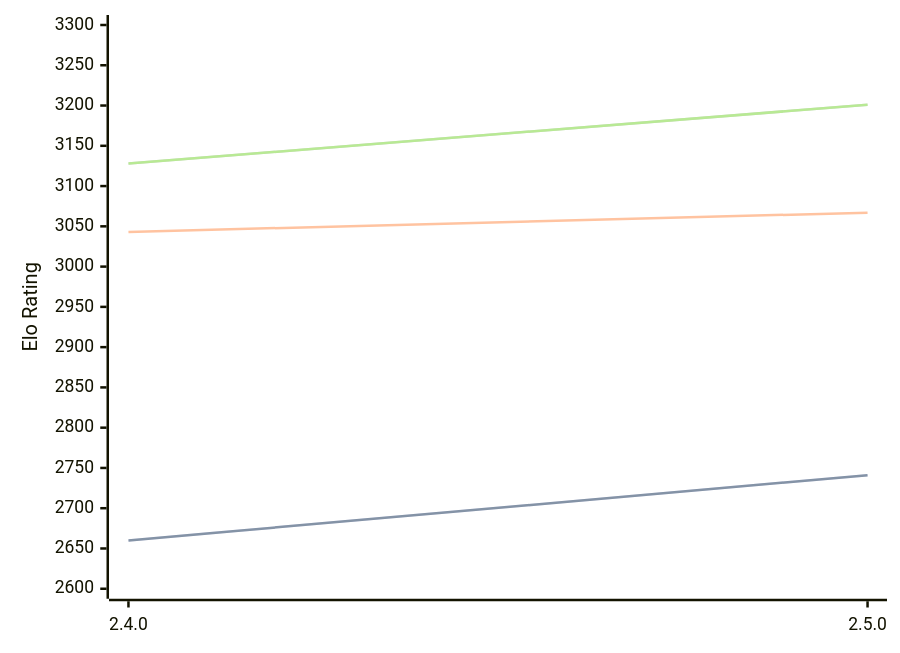
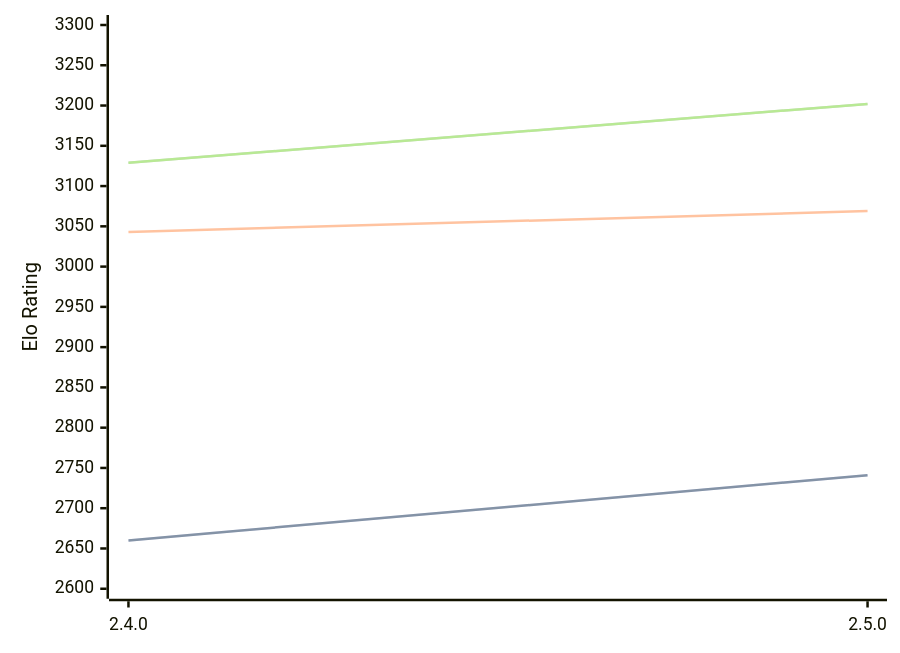
One commit to computer-chess-index/cci changed the diagram in engines/Sturddle2.md. Above: the diagram before and after it, drawn with Mermaid. The commit also changed other lines of this file, not shown here.

Commit message:
Update CCI Ratings (ELO VLTC) - 2026-04-27

````diff
--- a/engines/Sturddle2.md
+++ b/engines/Sturddle2.md
@@ -37,11 +37,11 @@
 ```mermaid
 %%{init: {"theme":"base","themeVariables":{"seriesColors:['#a3a3a3','#222221','#faa371']}}}%%
 xychart-beta
   x-axis ["2.4.0", "2.5.0"]
   y-axis "Elo Rating" 2600 --> 3300
   line "STC (8.0+0.08s)" [2660, 2741]
   line "STC (8.0+0.08s)" [2660, 2741]
-  line "LTC (60.0+0.60s)" [3043, 3067]
-  line "VLTC (2m24s+1.12s)" [3128, 3201]
-  line "VLTC (2m24s+1.12s)" [3128, 3201]
+  line "LTC (60.0+0.60s)" [3043, 3069]
+  line "VLTC (2m24s+1.12s)" [3129, 3202]
+  line "VLTC (2m24s+1.12s)" [3129, 3202]
 ```
````
